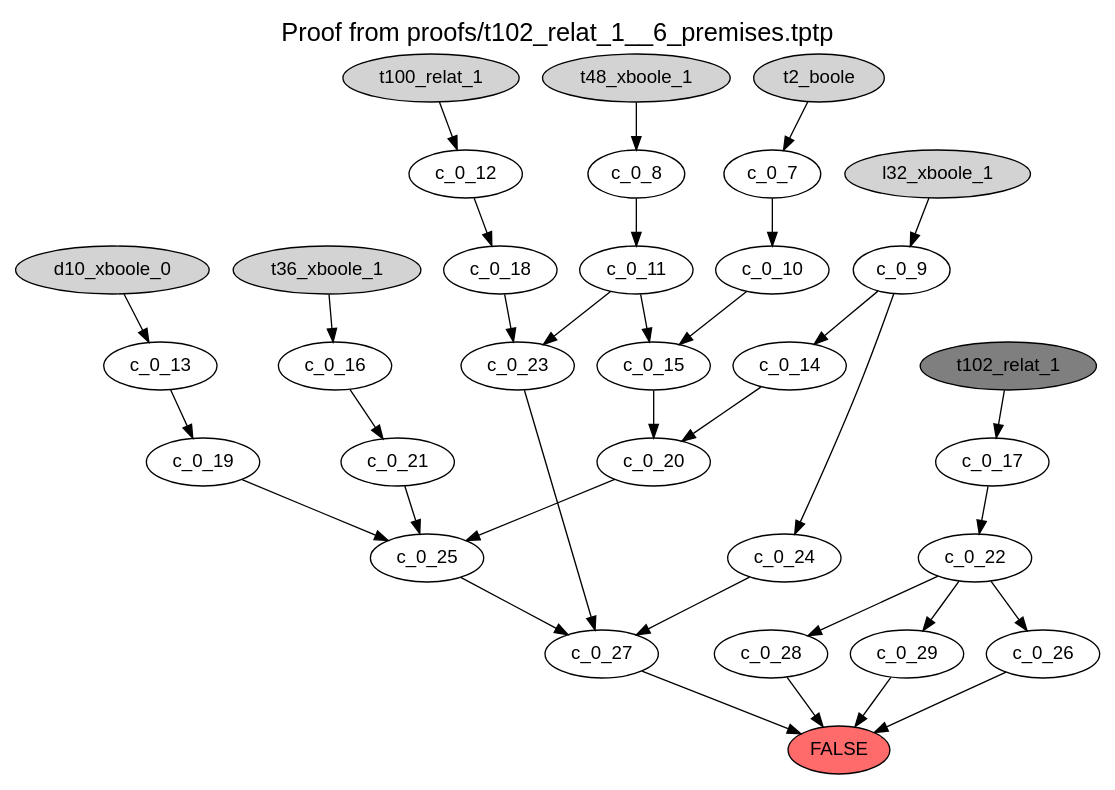
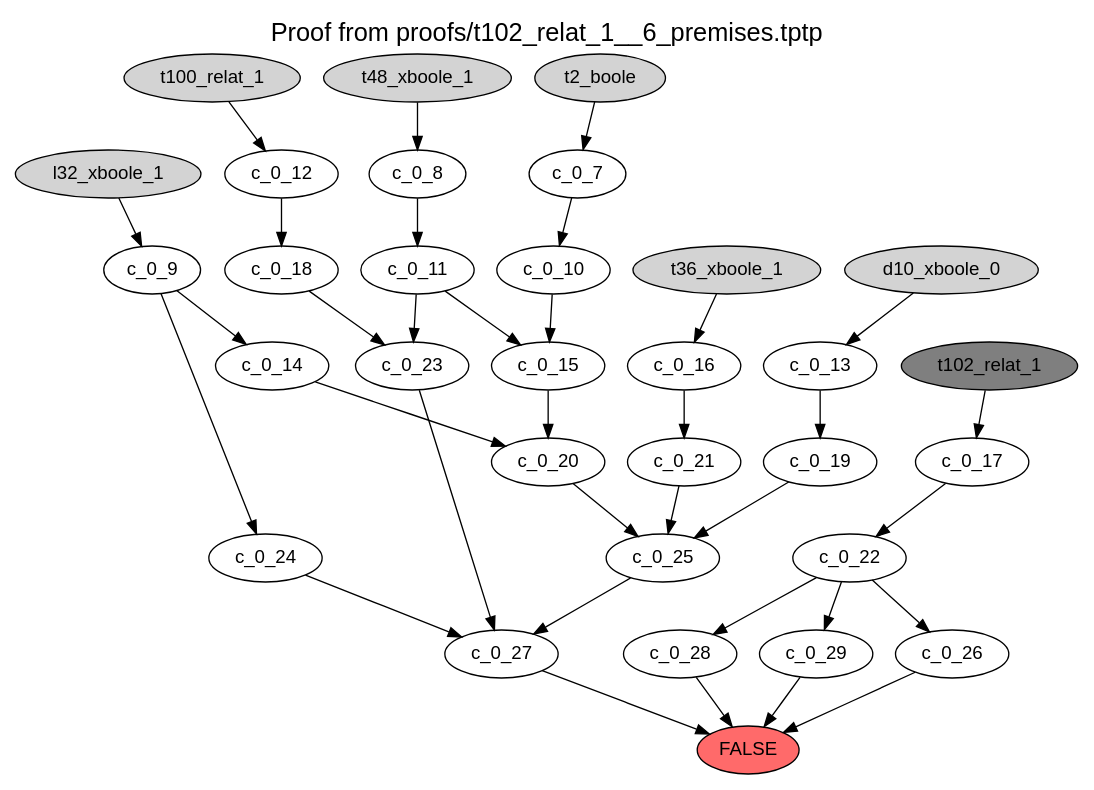
One commit to BartoszPiotrowski/proofs-to-trees changed the diagram in examples/t102_relat_1__6_premises.dot. Above: the diagram before and after it, drawn with Graphviz. The commit also changed other lines of this file and 1 other file, not shown here.

```diff
--- a/examples/t102_relat_1__6_premises.dot
+++ b/examples/t102_relat_1__6_premises.dot
@@ -1,49 +1,49 @@
 digraph {
 label="Proof from proofs/t102_relat_1__6_premises.tptp"
 labelloc="t"
 graph [fontname = "helvetica", fontsize=19]
 node [fontname = "helvetica"]
 edge [fontname = "helvetica"]
 FALSE [style=filled fillcolor=indianred1]
 t2_boole [style=filled]
 t48_xboole_1 [style=filled]
 l32_xboole_1 [style=filled]
 t100_relat_1 [style=filled]
 d10_xboole_0 [style=filled]
 t36_xboole_1 [style=filled]
 t102_relat_1 [style=filled fillcolor=grey50]
-"c_0_9" -> "c_0_24"
+"c_0_25" -> "c_0_27"
+"c_0_23" -> "c_0_27"
+"c_0_10" -> "c_0_15"
+"c_0_12" -> "c_0_18"
+"c_0_11" -> "c_0_15"
+"c_0_29" -> "FALSE"
 "t100_relat_1" -> "c_0_12"
-"l32_xboole_1" -> "c_0_9"
-"c_0_19" -> "c_0_25"
-"c_0_24" -> "c_0_27"
+"t102_relat_1" -> "c_0_17"
+"t2_boole" -> "c_0_7"
+"c_0_21" -> "c_0_25"
+"c_0_8" -> "c_0_11"
 "c_0_20" -> "c_0_25"
-"c_0_29" -> "FALSE"
-"c_0_11" -> "c_0_15"
-"c_0_11" -> "c_0_23"
-"c_0_22" -> "c_0_26"
-"t2_boole" -> "c_0_7"
 "c_0_26" -> "FALSE"
 "t36_xboole_1" -> "c_0_16"
+"c_0_16" -> "c_0_21"
+"c_0_9" -> "c_0_24"
+"l32_xboole_1" -> "c_0_9"
+"c_0_7" -> "c_0_10"
+"c_0_11" -> "c_0_23"
 "c_0_22" -> "c_0_28"
-"c_0_15" -> "c_0_20"
-"t102_relat_1" -> "c_0_17"
-"c_0_10" -> "c_0_15"
-"c_0_16" -> "c_0_21"
-"c_0_18" -> "c_0_23"
+"c_0_19" -> "c_0_25"
 "d10_xboole_0" -> "c_0_13"
-"c_0_7" -> "c_0_10"
-"c_0_22" -> "c_0_29"
-"c_0_12" -> "c_0_18"
-"c_0_13" -> "c_0_19"
+"t48_xboole_1" -> "c_0_8"
+"c_0_9" -> "c_0_14"
 "c_0_28" -> "FALSE"
 "c_0_27" -> "FALSE"
-"c_0_23" -> "c_0_27"
-"t48_xboole_1" -> "c_0_8"
+"c_0_13" -> "c_0_19"
+"c_0_15" -> "c_0_20"
+"c_0_22" -> "c_0_29"
+"c_0_17" -> "c_0_22"
+"c_0_22" -> "c_0_26"
 "c_0_14" -> "c_0_20"
-"c_0_9" -> "c_0_14"
-"c_0_17" -> "c_0_22"
-"c_0_25" -> "c_0_27"
-"c_0_21" -> "c_0_25"
-"c_0_8" -> "c_0_11"
+"c_0_18" -> "c_0_23"
+"c_0_24" -> "c_0_27"
 }
```
